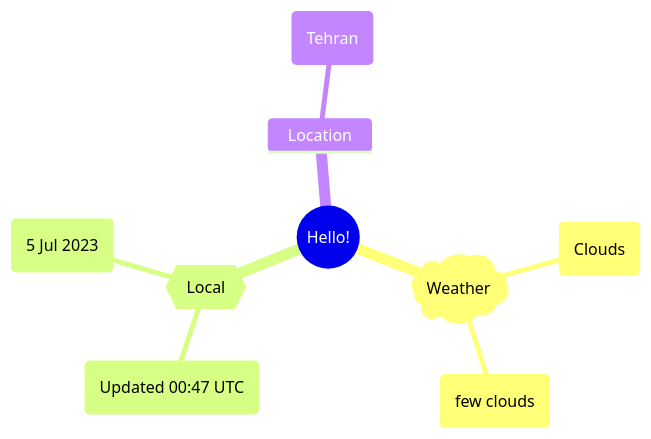
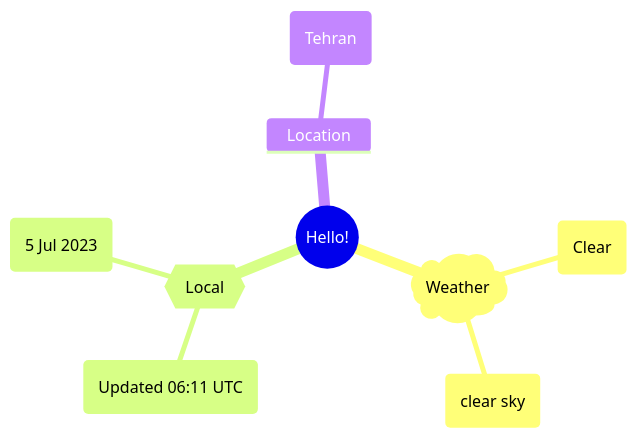
Before and after one commit to Xosrov/Xosrov: the first of 2 diagrams in README.md, drawn with Mermaid.

Commit message:
[bot] updated images

````diff
--- a/README.md
+++ b/README.md
@@ -3,12 +3,12 @@
 ```mermaid
 mindmap
   root((Hello!))
     )Weather(
-        (Clouds)
-        (few clouds)
+        (Clear)
+        (clear sky)
     {{Local}}
-        (Updated 00:47 UTC)
+        (Updated 06:11 UTC)
         (5 Jul 2023)
     Location
         (Tehran)
 ```
````
